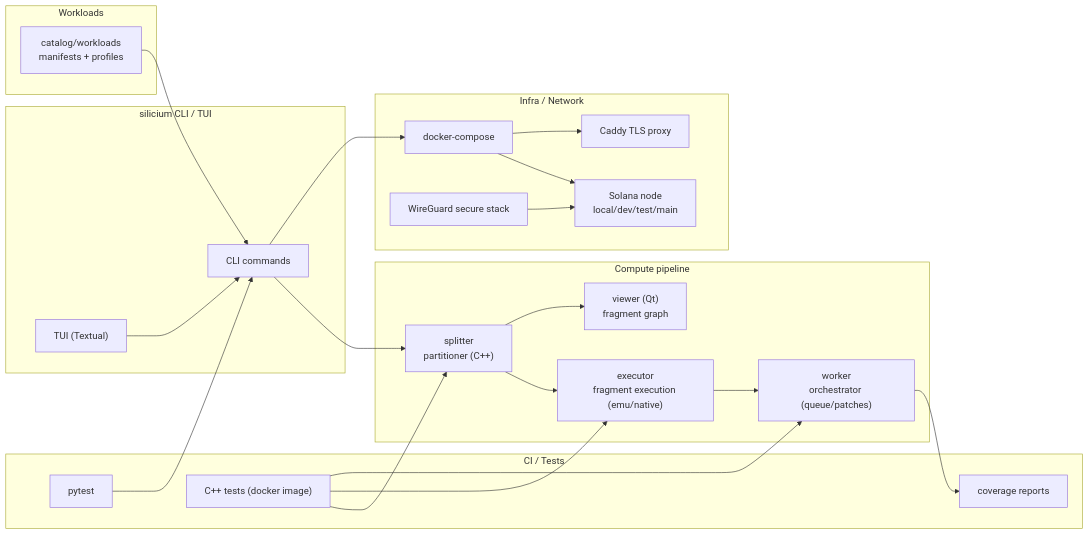
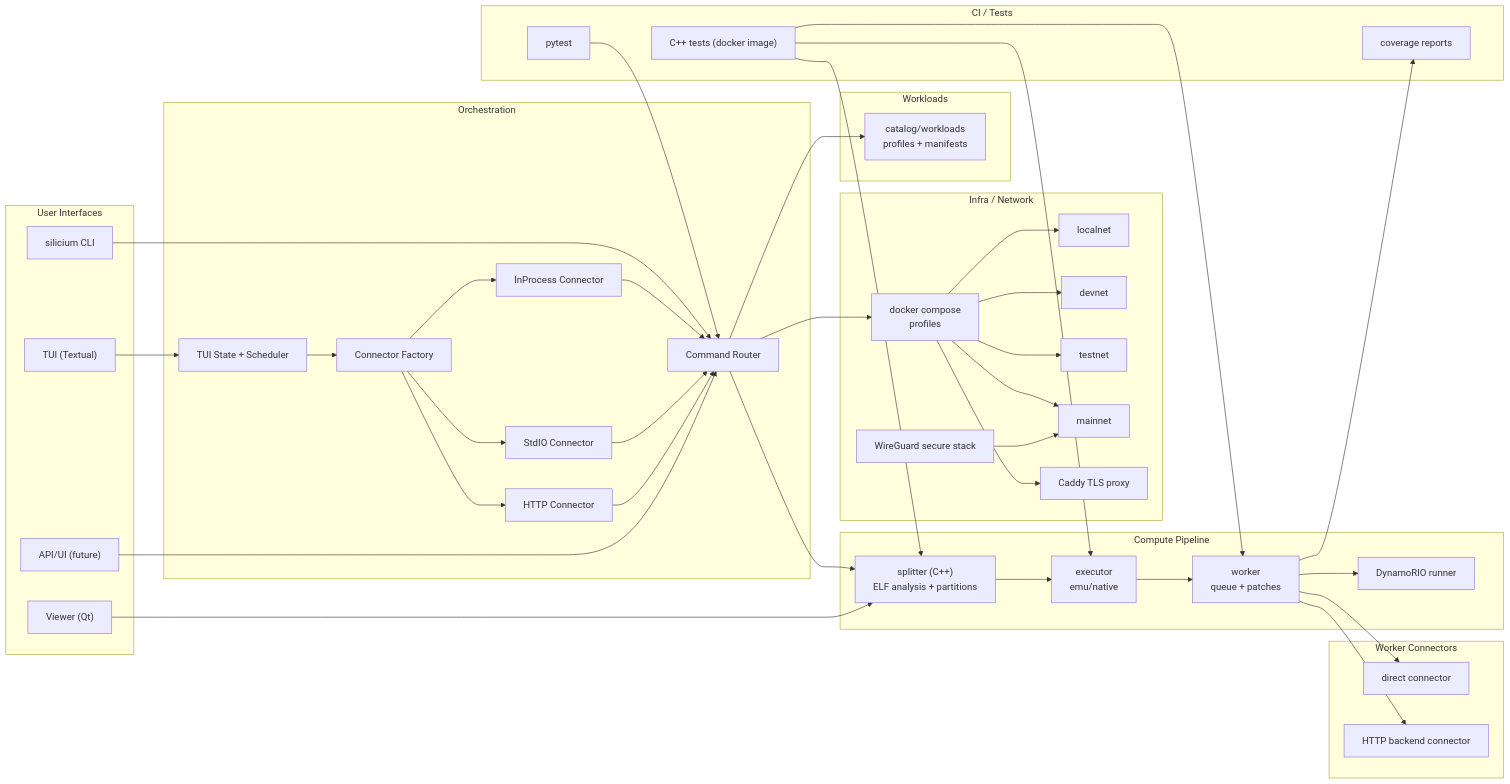
The diagram in README.md (Silicium-Project/Fusion), drawn with Mermaid before and after one commit.

Commit message:
Expand README architecture diagram

````diff
--- a/README.md
+++ b/README.md
@@ -3,32 +3,50 @@
 ```mermaid
 flowchart LR
-  subgraph CLI["silicium CLI / TUI"]
-    CLI_TUI["TUI (Textual)"]
-    CLI_Core["CLI commands"]
+  subgraph UX["User Interfaces"]
+    CLI["silicium CLI"]
+    TUI["TUI (Textual)"]
+    Viewer["Viewer (Qt)"]
+    APIUI["API/UI (future)"]
   end
 
-  subgraph Compute["Compute pipeline"]
-    Splitter["splitter
-partitioner (C++)"]
+  subgraph Control["Orchestration"]
+    Cmds["Command Router"]
+    TUIState["TUI State + Scheduler"]
+    ConnFactory["Connector Factory"]
+    InProc["InProcess Connector"]
+    StdIO["StdIO Connector"]
+    HttpConn["HTTP Connector"]
+  end
+
+  subgraph Compute["Compute Pipeline"]
+    Splitter["splitter (C++)
+ELF analysis + partitions"]
     Executor["executor
-fragment execution (emu/native)"]
+emu/native"]
     Worker["worker
-orchestrator (queue/patches)"]
-    Viewer["viewer (Qt)
-fragment graph"]
+queue + patches"]
+    Dynamo["DynamoRIO runner"]
   end
 
   subgraph Catalog["Workloads"]
     Manifests["catalog/workloads
-manifests + profiles"]
+profiles + manifests"]
   end
 
   subgraph Infra["Infra / Network"]
-    Compose["docker-compose"]
-    Solana["Solana node
-local/dev/test/main"]
+    Compose["docker compose
+profiles"]
+    Localnet["localnet"]
+    Devnet["devnet"]
+    Testnet["testnet"]
+    Mainnet["mainnet"]
     Proxy["Caddy TLS proxy"]
     Wireguard["WireGuard secure stack"]
+  end
+
+  subgraph Connectors["Worker Connectors"]
+    Direct["direct connector"]
+    HttpBackend["HTTP backend connector"]
   end
 
   subgraph CI["CI / Tests"]
@@ -37,15 +55,35 @@
     Coverage["coverage reports"]
   end
 
-  CLI_TUI --> CLI_Core
-  CLI_Core --> Splitter
+  CLI --> Cmds
+  TUI --> TUIState
+  TUIState --> ConnFactory
+  ConnFactory --> InProc
+  ConnFactory --> StdIO
+  ConnFactory --> HttpConn
+  InProc --> Cmds
+  StdIO --> Cmds
+  HttpConn --> Cmds
+
+  Cmds --> Manifests
+  Cmds --> Splitter
   Splitter --> Executor --> Worker
-  Splitter --> Viewer
-  Manifests --> CLI_Core
-  CLI_Core --> Compose --> Solana
+  Worker --> Dynamo
+  Worker --> Direct
+  Worker --> HttpBackend
+
+  Viewer --> Splitter
+  APIUI --> Cmds
+
+  Cmds --> Compose
+  Compose --> Localnet
+  Compose --> Devnet
+  Compose --> Testnet
+  Compose --> Mainnet
   Compose --> Proxy
-  Wireguard --> Solana
-  PyTests --> CLI_Core
+  Wireguard --> Mainnet
+
+  PyTests --> Cmds
   CppTests --> Splitter
   CppTests --> Executor
   CppTests --> Worker
````
